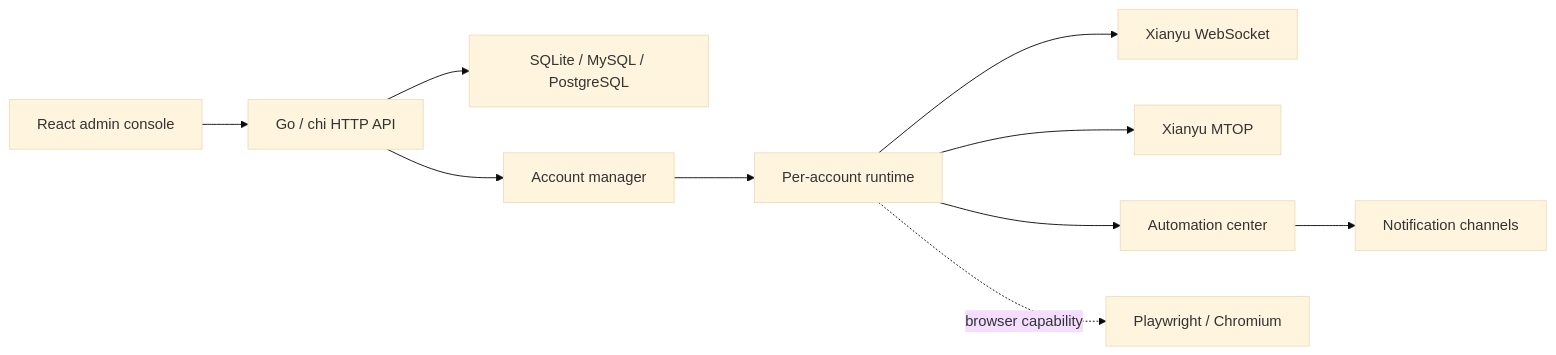
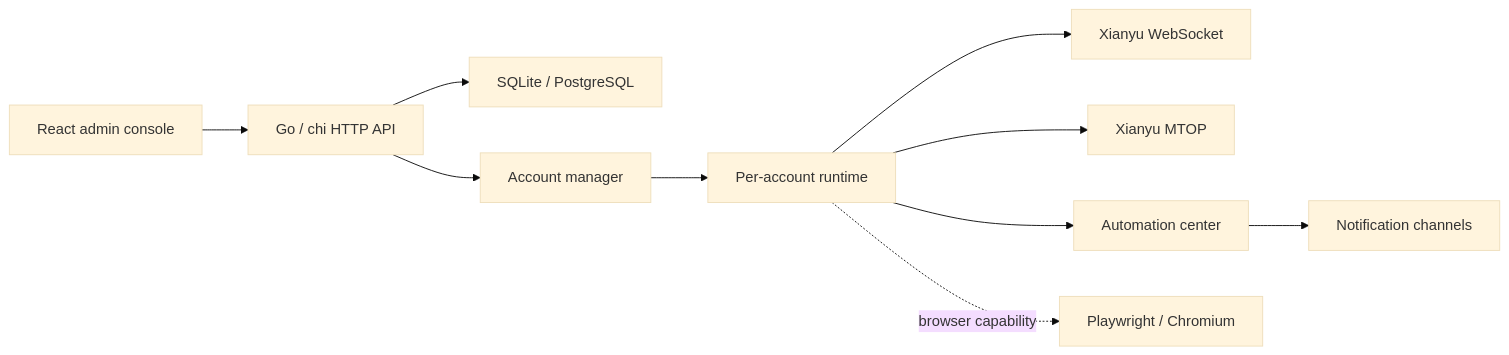
One commit to v2camp/Ydisks-Xianyu-Helper changed the diagram in README.md. Above: the diagram before and after it, drawn with Mermaid (base theme). The commit also changed other lines of this file and 168 other files, not shown here.

```diff
--- a/README.md
+++ b/README.md
@@ -86,12 +86,12 @@
 ~~~mermaid
 flowchart LR
     UI["React admin console"] --> API["Go / chi HTTP API"]
-    API --> Store["SQLite / MySQL / PostgreSQL"]
+    API --> Store["SQLite / PostgreSQL"]
     API --> Manager["Account manager"]
     Manager --> Engine["Per-account runtime"]
     Engine --> WS["Xianyu WebSocket"]
     Engine --> MTOP["Xianyu MTOP"]
     Engine --> Automation["Automation center"]
     Automation --> Notify["Notification channels"]
     Engine -. "browser capability" .-> Chromium["Playwright / Chromium"]
 ~~~
```
